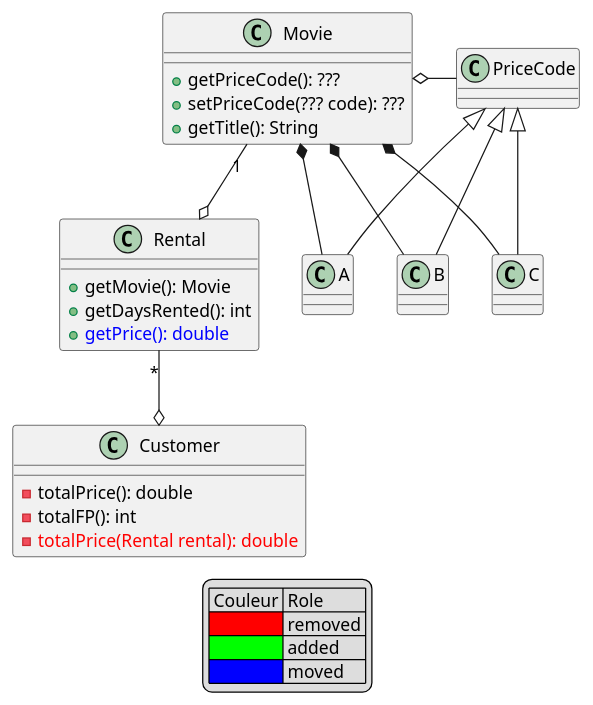
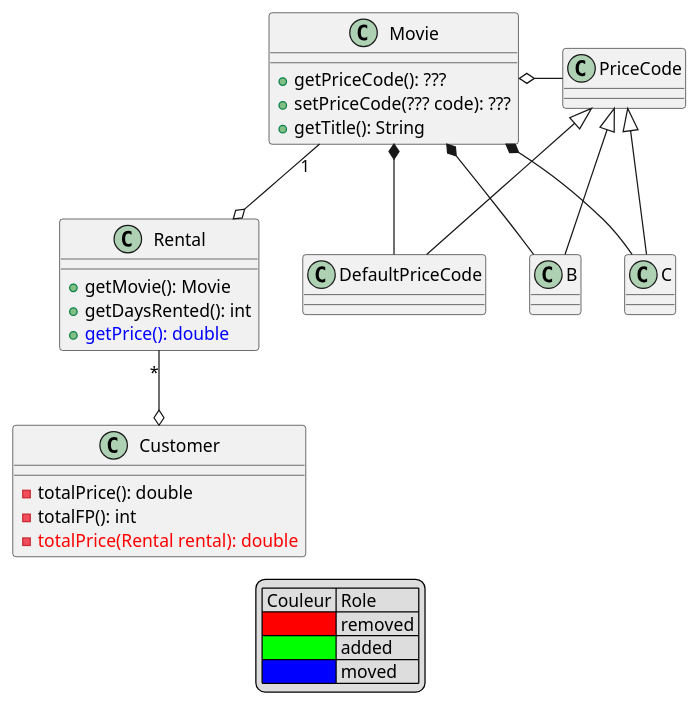
Before and after one commit to felttl/GL_SoftwareArchitecture: the diagram in TPs/TP1_refactoring/refactored/correction1cls.puml, drawn with PlantUML. The commit also changed 48 other files, not shown here.

```diff
--- a/TPs/TP1_refactoring/refactored/correction1cls.puml
+++ b/TPs/TP1_refactoring/refactored/correction1cls.puml
@@ -1,43 +1,43 @@
 @startuml
 
 
 class Rental{
     + getMovie(): Movie
     + getDaysRented(): int
     + <color:blue>getPrice(): double</color>
 }
 class Customer{
     - totalPrice(): double
     - totalFP(): int
     - <color:red>totalPrice(Rental rental): double</color>
     
 }
 class Movie{
     + getPriceCode(): ???
     + setPriceCode(??? code): ???
     + getTitle(): String
 }
 class PriceCode{
     
 }
-class A extends PriceCode {}
+class DefaultPriceCode extends PriceCode {}
 class B extends PriceCode {}
 class C extends PriceCode {}
 
-A --* Movie
+DefaultPriceCode --* Movie
 B --* Movie
 C --* Movie
 
 Movie o- PriceCode
 Rental "*" --o Customer
 Movie "1" --o Rental
 
 legend
 | Couleur | Role |
 |<#ff0000>| removed |
 |<#00ff00>| added |
 |<#0000ff>| moved |
 endlegend
 
 
 @enduml
```
